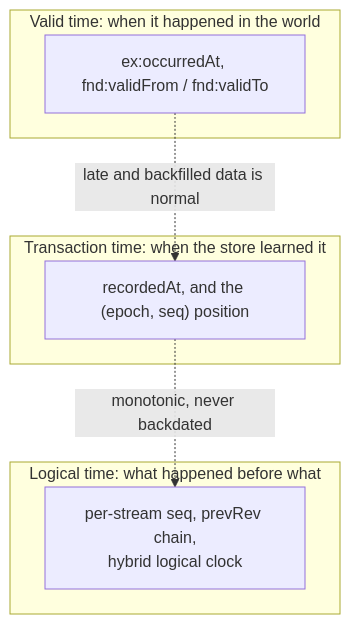
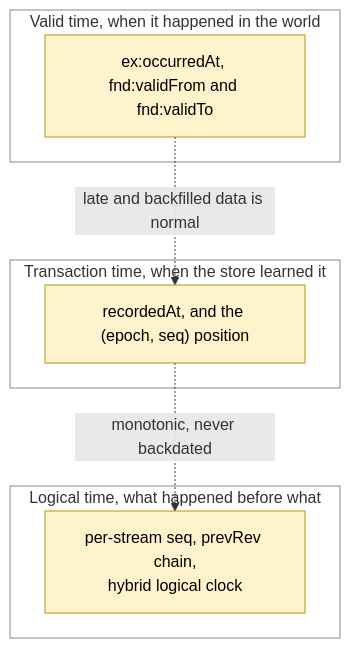
One commit to nebularis/lattice changed the ninth of 50 diagrams in ontology/persistence/README.md. Above: the diagram before and after it, drawn with Mermaid. The commit also changed other lines of this file and 9 other files, not shown here.

````diff
--- a/ontology/persistence/README.md
+++ b/ontology/persistence/README.md
@@ -949,14 +1016,18 @@
 ```mermaid
 flowchart TB
-    subgraph VT["Valid time: when it happened in the world"]
-        V["ex:occurredAt, fnd:validFrom / fnd:validTo"]
+    subgraph VT["Valid time, when it happened in the world"]
+        V["ex:occurredAt, fnd:validFrom and fnd:validTo"]:::history
     end
-    subgraph TT["Transaction time: when the store learned it"]
-        T["recordedAt, and the (epoch, seq) position"]
+    subgraph TT["Transaction time, when the store learned it"]
+        T["recordedAt, and the (epoch, seq) position"]:::history
     end
-    subgraph LT["Logical time: what happened before what"]
-        L["per-stream seq, prevRev chain,<br/>hybrid logical clock"]
+    subgraph LT["Logical time, what happened before what"]
+        L["per-stream seq, prevRev chain,<br/>hybrid logical clock"]:::history
     end
     V -. "late and backfilled data is normal" .-> T
     T -. "monotonic, never backdated" .-> L
+    style VT fill:none,stroke:#8a8a8a
+    style TT fill:none,stroke:#8a8a8a
+    style LT fill:none,stroke:#8a8a8a
+    classDef history fill:#fff3cd,stroke:#b7950b,color:#000
 ```
````
